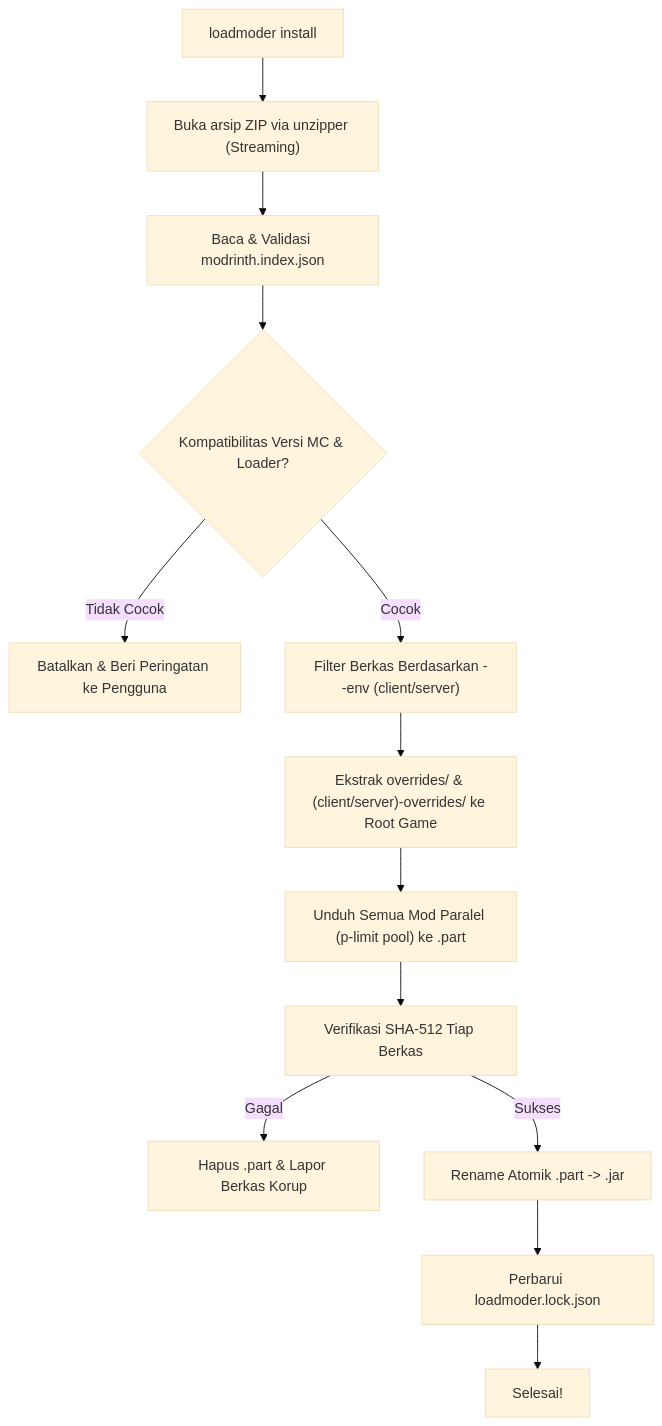
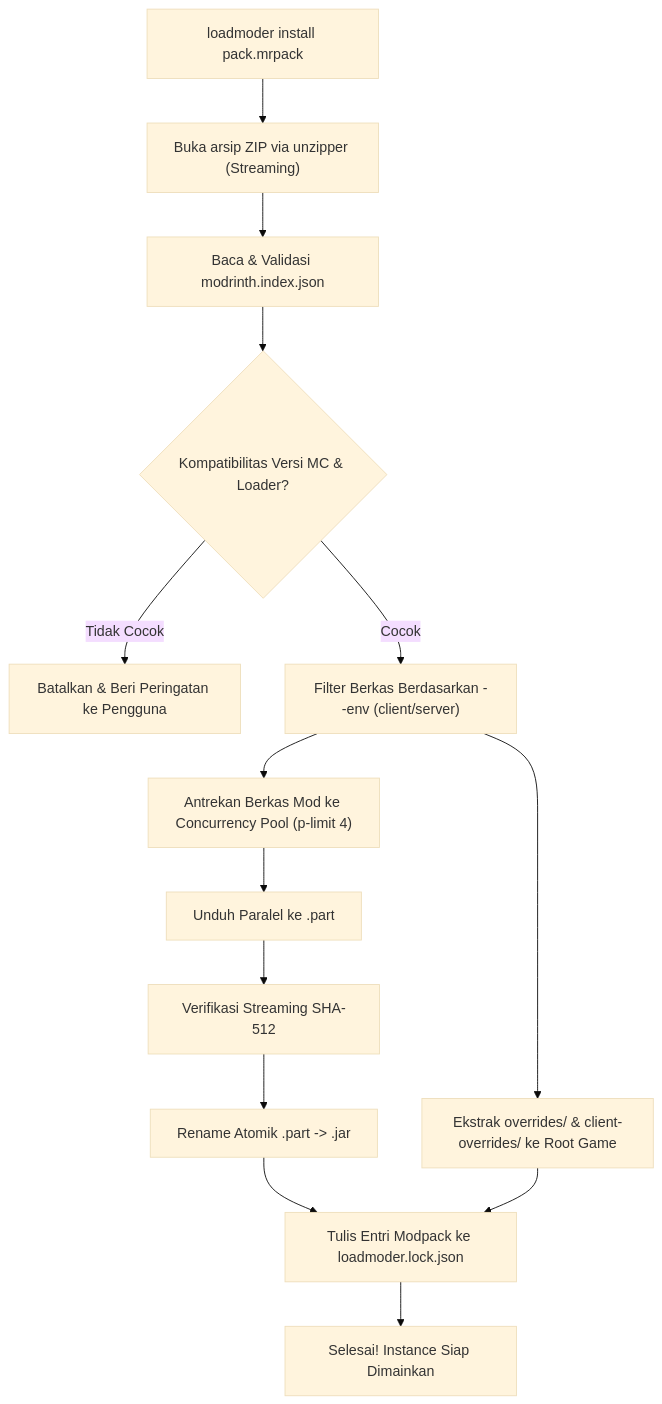
The first of 2 diagrams in docs/04-modpack-engine.md (2Hafast8/LoadModer), drawn with Mermaid (base theme) before and after one commit. The commit also changed other lines of this file and 18 other files, not shown here.

````diff
--- a/docs/04-modpack-engine.md
+++ b/docs/04-modpack-engine.md
@@ -111,18 +111,19 @@
 ```mermaid
 flowchart TD
-    Start["loadmoder install <pack.mrpack>"] --> OpenZip["Buka arsip ZIP via unzipper (Streaming)"]
+    Start["loadmoder install pack.mrpack"] --> OpenZip["Buka arsip ZIP via unzipper (Streaming)"]
     OpenZip --> ReadIndex["Baca & Validasi modrinth.index.json"]
     ReadIndex --> CheckCompat{"Kompatibilitas Versi MC & Loader?"}
     
     CheckCompat -- Tidak Cocok --> Abort["Batalkan & Beri Peringatan ke Pengguna"]
     CheckCompat -- Cocok --> EnvFilter["Filter Berkas Berdasarkan --env (client/server)"]
     
-    EnvFilter --> ExtractOverrides["Ekstrak overrides/ & (client/server)-overrides/ ke Root Game"]
-    ExtractOverrides --> PoolDownload["Unduh Semua Mod Paralel (p-limit pool) ke .part"]
-    PoolDownload --> VerifyChecksum["Verifikasi SHA-512 Tiap Berkas"]
+    EnvFilter --> ExtractOverrides["Ekstrak overrides/ & client-overrides/ ke Root Game"]
+    EnvFilter --> QueueDownloads["Antrekan Berkas Mod ke Concurrency Pool (p-limit 4)"]
     
-    VerifyChecksum -- Gagal --> DeletePart["Hapus .part & Lapor Berkas Korup"]
-    VerifyChecksum -- Sukses --> RenameAtomic["Rename Atomik .part -> .jar"]
-    RenameAtomic --> WriteLock["Perbarui loadmoder.lock.json"]
-    WriteLock --> Done["Selesai!"]
+    QueueDownloads --> ParallelDown["Unduh Paralel ke .part"]
+    ParallelDown --> VerifyHash["Verifikasi Streaming SHA-512"]
+    VerifyHash --> AtomicRename["Rename Atomik .part -> .jar"]
+    AtomicRename --> WriteLock["Tulis Entri Modpack ke loadmoder.lock.json"]
+    ExtractOverrides --> WriteLock
+    WriteLock --> Done["Selesai! Instance Siap Dimainkan"]
 ```
````
